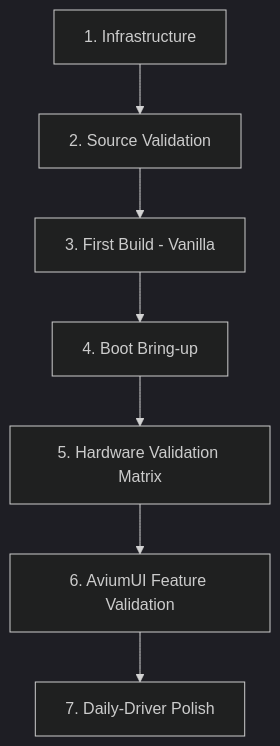
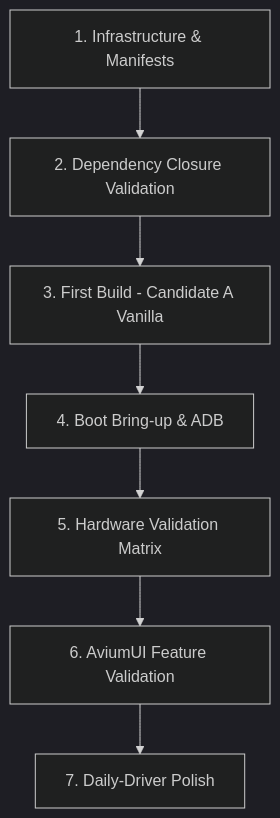
The diagram in docs/PLAN.md (ColoMovo-Labs/aviumui-enchilada), drawn with Mermaid (dark theme) before and after one commit. The commit also changed other lines of this file and 2 other files, not shown here.

Commit message:
Update bring-up plan and sources for Candidate A architecture

````diff
--- a/docs/PLAN.md
+++ b/docs/PLAN.md
@@ -9,9 +20,9 @@
 ```mermaid
 graph TD
-    S1[1. Infrastructure] --> S2[2. Source Validation]
-    S2 --> S3[3. First Build - Vanilla]
-    S3 --> S4[4. Boot Bring-up]
+    S1[1. Infrastructure & Manifests] --> S2[2. Dependency Closure Validation]
+    S2 --> S3[3. First Build - Candidate A Vanilla]
+    S3 --> S4[4. Boot Bring-up & ADB]
     S4 --> S5[5. Hardware Validation Matrix]
     S5 --> S6[6. AviumUI Feature Validation]
     S6 --> S7[7. Daily-Driver Polish]
 ```
````
